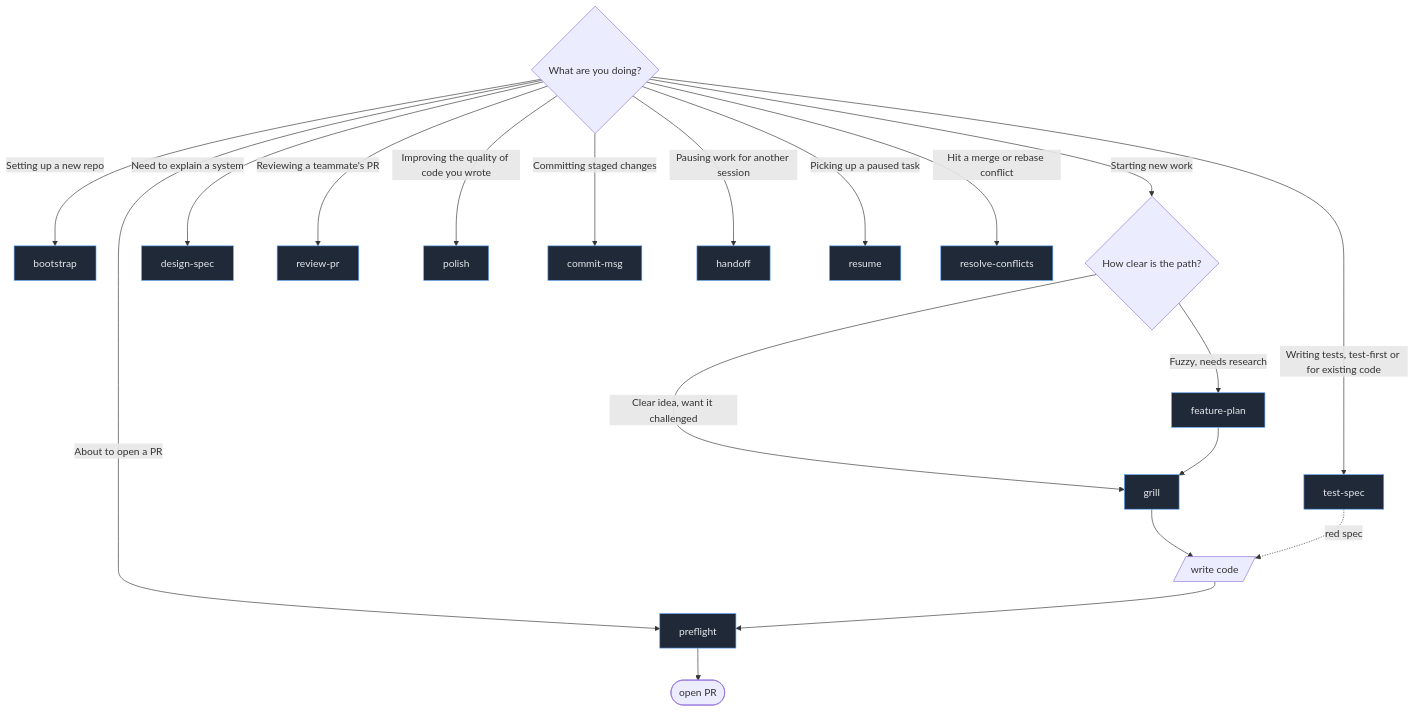
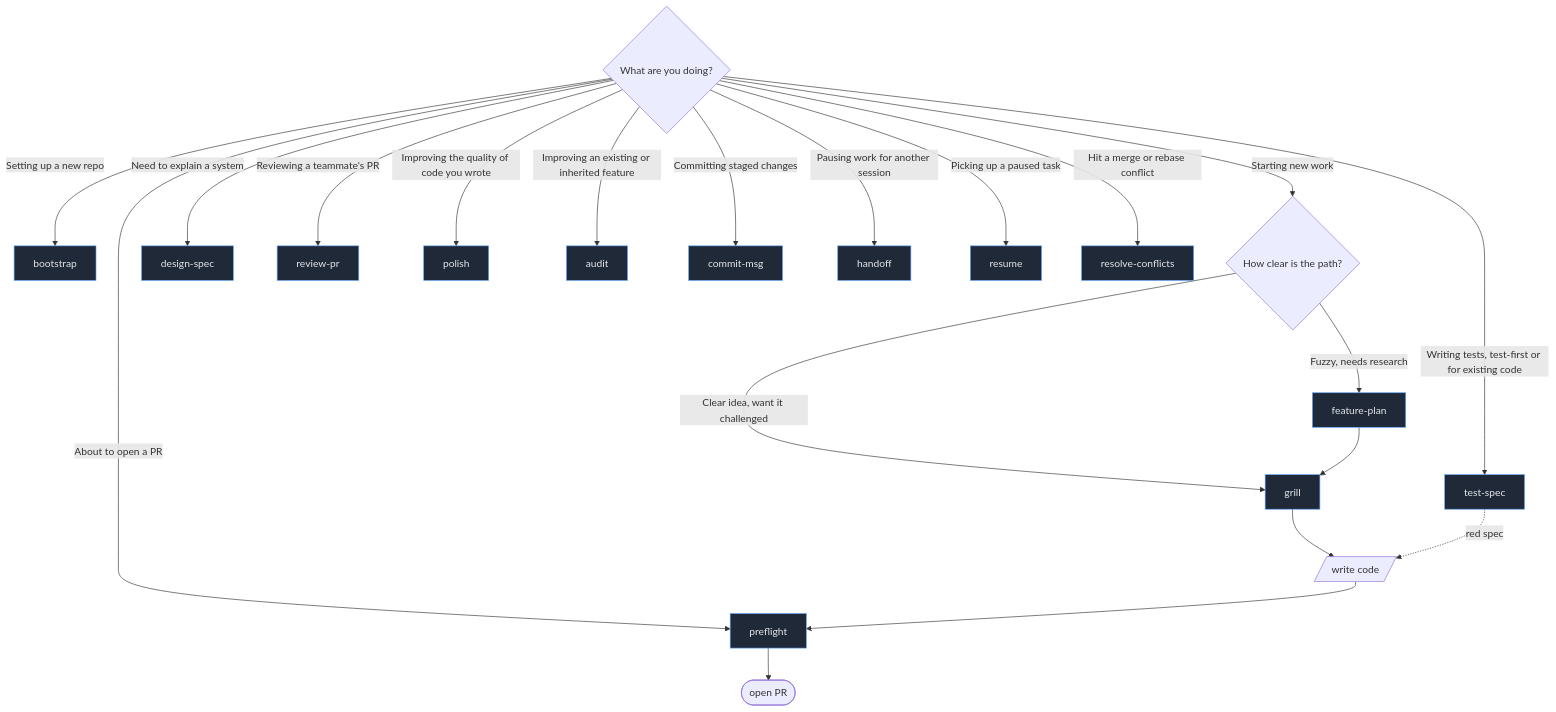
The second of 5 diagrams in README.md (powerslider/nitpickle), drawn with Mermaid before and after one commit. The commit also changed other lines of this file and 11 other files, not shown here.

First line of the commit message:
feat(audit): add comprehend-and-improve skill for existing code (#3)

````diff
--- a/README.md
+++ b/README.md
@@ -176,26 +179,27 @@
 ```mermaid
 flowchart TD
     Q{What are you doing?}
     Q -->|Setting up a new repo| IN[bootstrap]
     Q -->|Starting new work| A{How clear is the path?}
     A -->|Fuzzy, needs research| FP[feature-plan]
     A -->|Clear idea, want it challenged| GR[grill]
     Q -->|Need to explain a system| DS[design-spec]
     Q -->|About to open a PR| PF[preflight]
     Q -->|Reviewing a teammate's PR| RV[review-pr]
     Q -->|Improving the quality of code you wrote| PL[polish]
     Q -->|Writing tests, test-first or for existing code| TS[test-spec]
+    Q -->|Improving an existing or inherited feature| AU[audit]
     Q -->|Committing staged changes| CM[commit-msg]
     Q -->|Pausing work for another session| HO[handoff]
     Q -->|Picking up a paused task| RE[resume]
     Q -->|Hit a merge or rebase conflict| RC[resolve-conflicts]
 
     FP --> GR
     GR --> code[/write code/]
     TS -.->|red spec| code
     code --> PF
     PF --> open([open PR])
 
     classDef s fill:#1f2937,stroke:#60a5fa,color:#e5e7eb
-    class IN,FP,GR,DS,PF,RV,PL,TS,CM,HO,RE,RC s
+    class IN,FP,GR,DS,PF,RV,PL,TS,AU,CM,HO,RE,RC s
 ```
````
